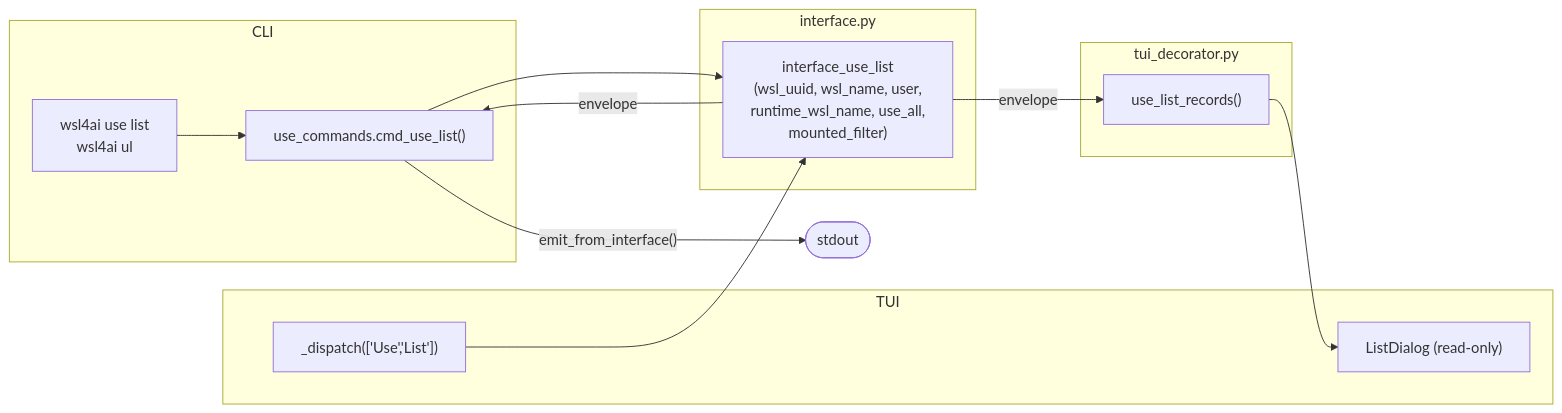
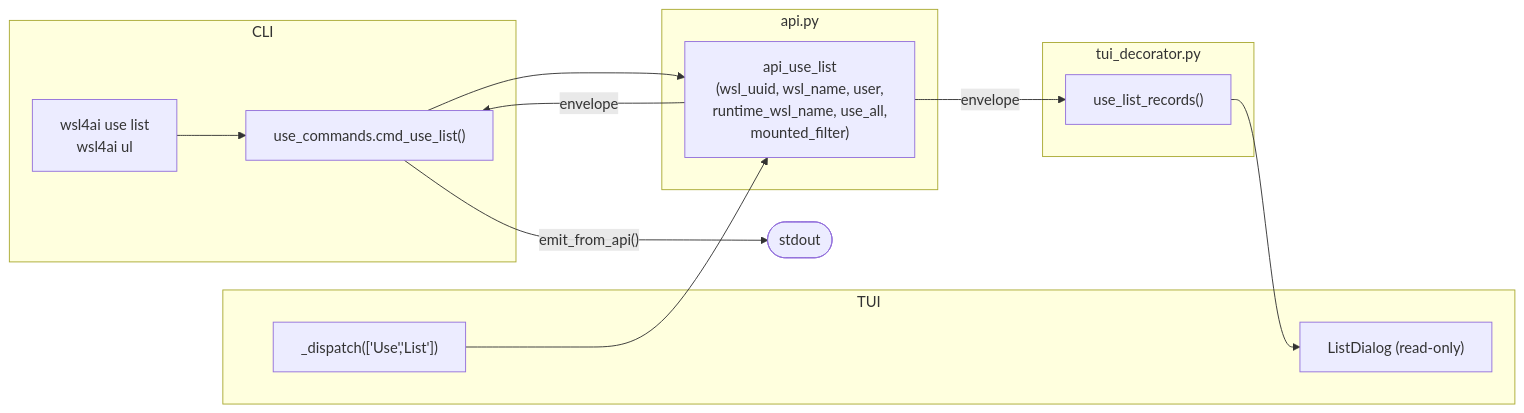
Before and after one commit to rmompo/wsl4ai: the first of 6 diagrams in specs/tool/specs-use.md, drawn with Mermaid. The commit also changed other lines of this file and 20 other files, not shown here.

First line of the commit message:
v1.6.3: rename interface.py → api.py, interface_* → api_*

````diff
--- a/specs/tool/specs-use.md
+++ b/specs/tool/specs-use.md
@@ -67,24 +67,24 @@
 ```mermaid
 flowchart LR
     subgraph CLI
         ul["wsl4ai use list\nwsl4ai ul"]
         cmd["use_commands.cmd_use_list()"]
         ul --> cmd
     end
-    subgraph Interface["interface.py"]
-        iface["interface_use_list\n(wsl_uuid, wsl_name, user,\nruntime_wsl_name, use_all,\nmounted_filter)"]
+    subgraph Interface["api.py"]
+        iface["api_use_list\n(wsl_uuid, wsl_name, user,\nruntime_wsl_name, use_all,\nmounted_filter)"]
     end
     subgraph TUI
         dispatch["_dispatch(['Use','List'])"]
         ldiag["ListDialog (read-only)"]
     end
     subgraph TUI_Dec["tui_decorator.py"]
         rec["use_list_records()"]
     end
 
     cmd --> iface
     dispatch --> iface
     iface -->|"envelope"| cmd
     iface -->|"envelope"| rec --> ldiag
-    cmd -->|"emit_from_interface()"| stdout([stdout])
+    cmd -->|"emit_from_api()"| stdout([stdout])
 ```
````
